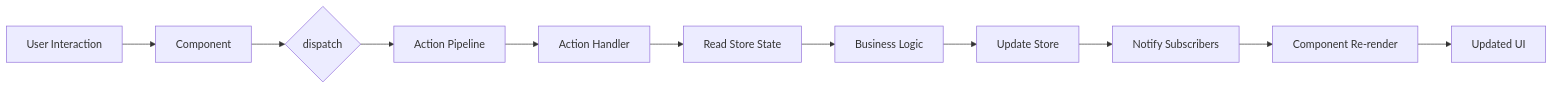
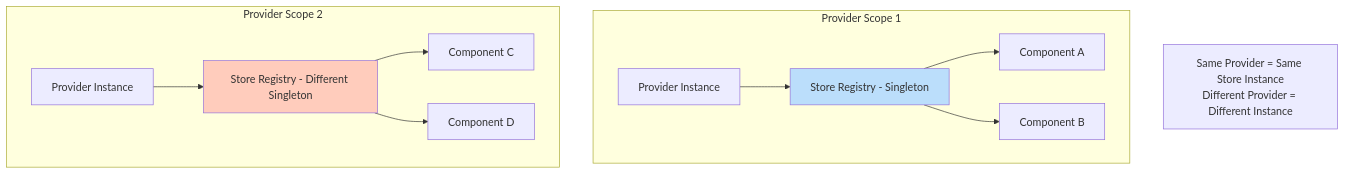
One commit to mineclover/context-action changed the second of 2 diagrams in docs/en/guide/full.md. Above: the diagram before and after it, drawn with Mermaid. The commit also changed other lines of this file, not shown here.

````diff
--- a/docs/en/guide/full.md
+++ b/docs/en/guide/full.md
@@ -1964,25 +644,29 @@
 ```mermaid
-
-flowchart LR
-
-UserInteraction[User Interaction] --> Component[Component]
-
-Component --> DispatchAction{dispatch}
-
-DispatchAction --> ActionPipeline[Action Pipeline]
-
-ActionPipeline --> ActionHandler[Action Handler]
-
-ActionHandler --> ReadStore[Read Store State]
-
-ReadStore --> BusinessLogic[Business Logic]
-
-BusinessLogic --> UpdateStore[Update Store]
-
-UpdateStore --> NotifySubscribers[Notify Subscribers]
-
-NotifySubscribers --> ComponentReRender[Component Re-render]
-
-ComponentReRender --> UpdatedUI[Updated UI]
-
+graph TB
+    subgraph "Provider Scope 1"
+        P1[Provider Instance]
+        S1[Store Registry - Singleton]
+        C1[Component A]
+        C2[Component B]
+        
+        P1 --> S1
+        S1 --> C1
+        S1 --> C2
+    end
+    
+    subgraph "Provider Scope 2"
+        P2[Provider Instance]
+        S2[Store Registry - Different Singleton]
+        C3[Component C]
+        C4[Component D]
+        
+        P2 --> S2
+        S2 --> C3
+        S2 --> C4
+    end
+    
+    Note[Same Provider = Same Store Instance<br/>Different Provider = Different Instance]
+    
+    style S1 fill:#bbdefb
+    style S2 fill:#ffccbc
 ```
````
